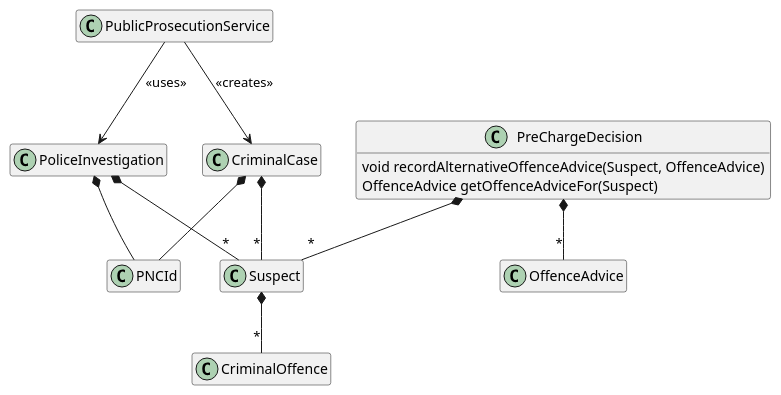
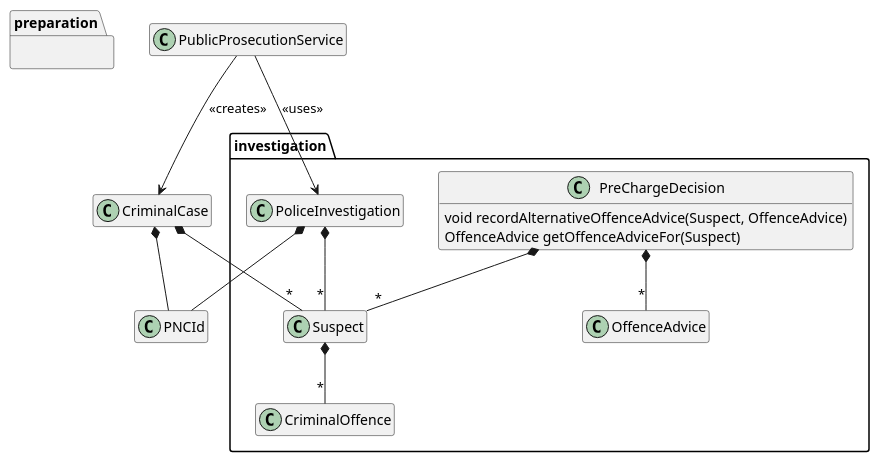
Before and after one commit to First-Steps-in-DDD-Community/first-steps-in-ddd-solutions: the diagram in docs/Domain-Model.puml, drawn with PlantUML.

Commit message:
Exercise 3 - DOCS - Update the diagram to show the investigation and preparation packages.

```diff
--- a/docs/Domain-Model.puml
+++ b/docs/Domain-Model.puml
@@ -1,48 +1,55 @@
 @startuml
 hide empty members
 hide empty methods
 
-class CriminalCase {
+package investigation {
+
+    class CriminalOffence {
+    }
+
+    class OffenceAdvice {
+    }
+
+    class PoliceInvestigation {
+    }
+
+    class PreChargeDecision {
+        void recordAlternativeOffenceAdvice(Suspect, OffenceAdvice)
+        OffenceAdvice getOffenceAdviceFor(Suspect)
+    }
+
+    class Suspect    {
+    }
+
 }
 
-class CriminalOffence {
+package preparation{
 }
 
-class OffenceAdvice {
+class CriminalCase {
 }
 
 class PNCId {
 }
 
-class PoliceInvestigation {
-}
-
-class PreChargeDecision {
-    void recordAlternativeOffenceAdvice(Suspect, OffenceAdvice)
-    OffenceAdvice getOffenceAdviceFor(Suspect)
-}
-
 class PublicProsecutionService {
-}
-
-class Suspect    {
 }
 
 Suspect *-- "*" CriminalOffence
 
 PoliceInvestigation *-- "*" Suspect
 
 PoliceInvestigation *-- PNCId
 
 PreChargeDecision *-- "*" Suspect
 
 PreChargeDecision *-- "*" OffenceAdvice
 
 CriminalCase *-- PNCId
 
 CriminalCase *-- "*" Suspect
 
 PublicProsecutionService --> CriminalCase : <<creates>>
 
 PublicProsecutionService --> PoliceInvestigation : <<uses>>
 @enduml
```
